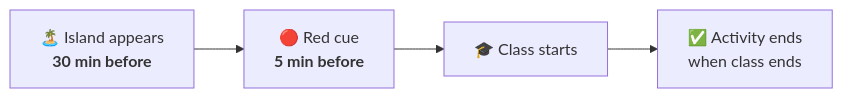
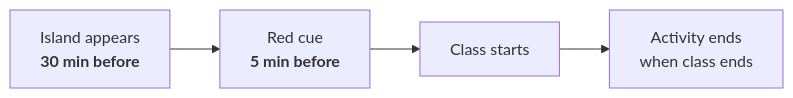
One commit to mijnap1/UTime changed the second of 3 diagrams in README.md. Above: the diagram before and after it, drawn with Mermaid. The commit also changed other lines of this file and 1 other file, not shown here.

````diff
--- a/README.md
+++ b/README.md
@@ -123,6 +122,6 @@
 ```mermaid
 flowchart LR
-    A["🏝️ Island appears<br/><b>30 min before</b>"] --> B["🔴 Red cue<br/><b>5 min before</b>"]
-    B --> C["🎓 Class starts"]
-    C --> D["✅ Activity ends<br/>when class ends"]
+    A["Island appears<br/><b>30 min before</b>"] --> B["Red cue<br/><b>5 min before</b>"]
+    B --> C["Class starts"]
+    C --> D["Activity ends<br/>when class ends"]
 ```
````
